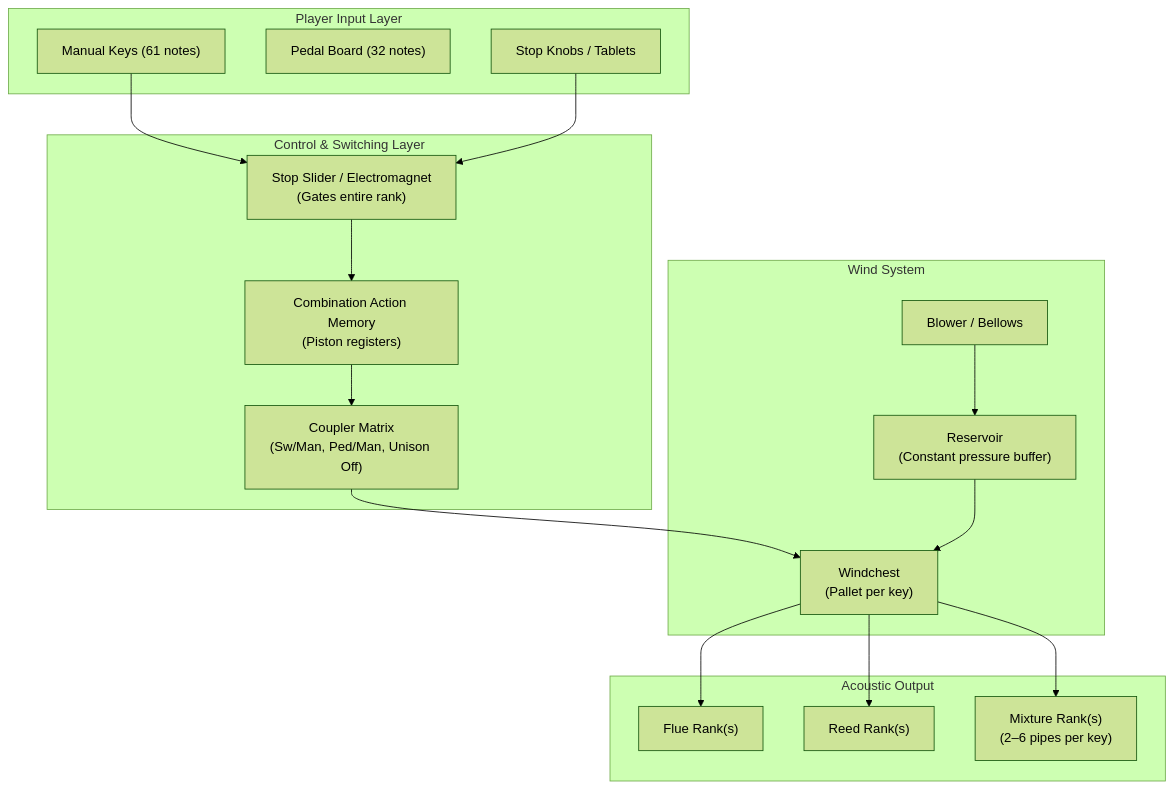
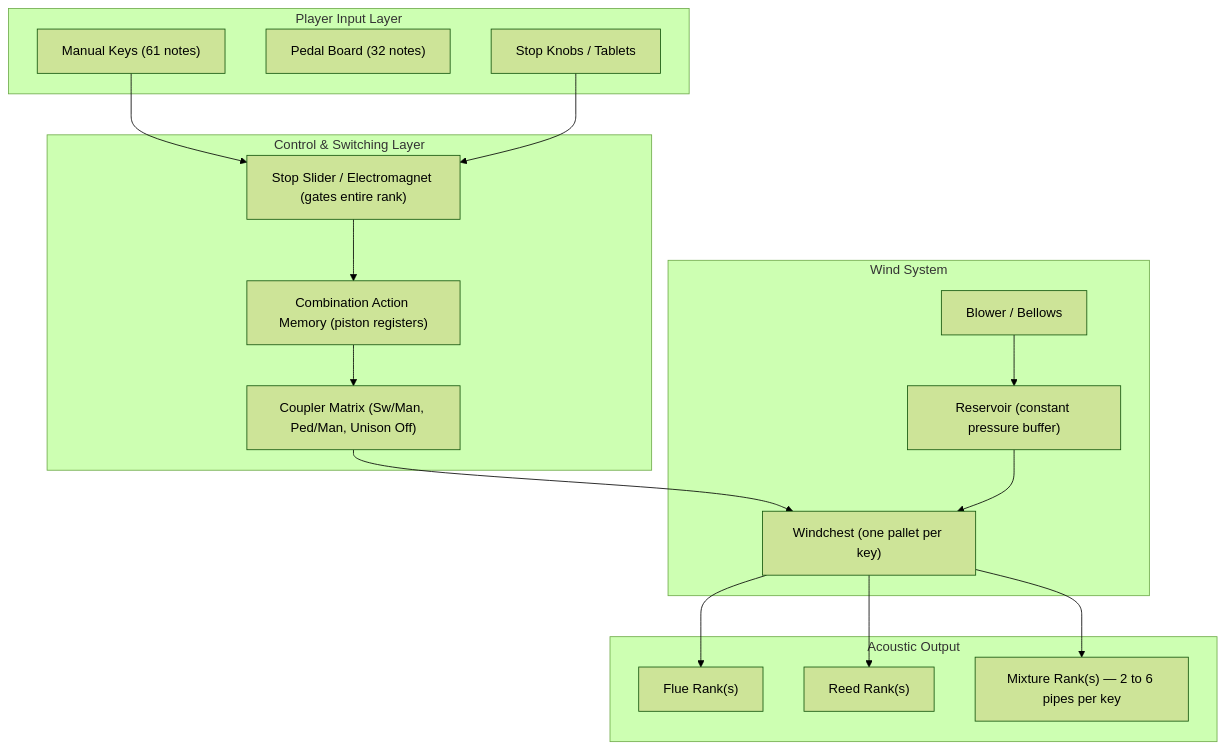
The first of 2 diagrams in topics/arts/music_performance/organ/lesson_03_register_combinations.md (blebleblee/synapse), drawn with Mermaid (forest theme) before and after one commit. The commit also changed other lines of this file and 4 other files, not shown here.

````diff
--- a/topics/arts/music_performance/organ/lesson_03_register_combinations.md
+++ b/topics/arts/music_performance/organ/lesson_03_register_combinations.md
@@ -55,37 +55,37 @@
 ```mermaid
 flowchart TD
-    subgraph input ["Player Input Layer"]
+    subgraph input_layer ["Player Input Layer"]
         K["Manual Keys (61 notes)"]
         P["Pedal Board (32 notes)"]
         ST["Stop Knobs / Tablets"]
     end
 
-    subgraph control ["Control & Switching Layer"]
-        SC["Stop Slider / Electromagnet\n(Gates entire rank)"]
-        CB["Combination Action Memory\n(Piston registers)"]
-        CP["Coupler Matrix\n(Sw/Man, Ped/Man, Unison Off)"]
+    subgraph control_layer ["Control & Switching Layer"]
+        SC["Stop Slider / Electromagnet (gates entire rank)"]
+        CB["Combination Action Memory (piston registers)"]
+        CP["Coupler Matrix (Sw/Man, Ped/Man, Unison Off)"]
     end
 
-    subgraph wind ["Wind System"]
+    subgraph wind_system ["Wind System"]
         BL["Blower / Bellows"]
-        RV["Reservoir\n(Constant pressure buffer)"]
-        WC["Windchest\n(Pallet per key)"]
+        RV["Reservoir (constant pressure buffer)"]
+        WC["Windchest (one pallet per key)"]
     end
 
-    subgraph pipes ["Acoustic Output"]
+    subgraph pipe_output ["Acoustic Output"]
         FL["Flue Rank(s)"]
         RD["Reed Rank(s)"]
-        MX["Mixture Rank(s)\n(2–6 pipes per key)"]
+        MX["Mixture Rank(s) — 2 to 6 pipes per key"]
     end
 
     K --> SC
     ST --> SC
     SC --> CB
     CB --> CP
     CP --> WC
     BL --> RV
     RV --> WC
     WC --> FL
     WC --> RD
     WC --> MX
 ```
````
